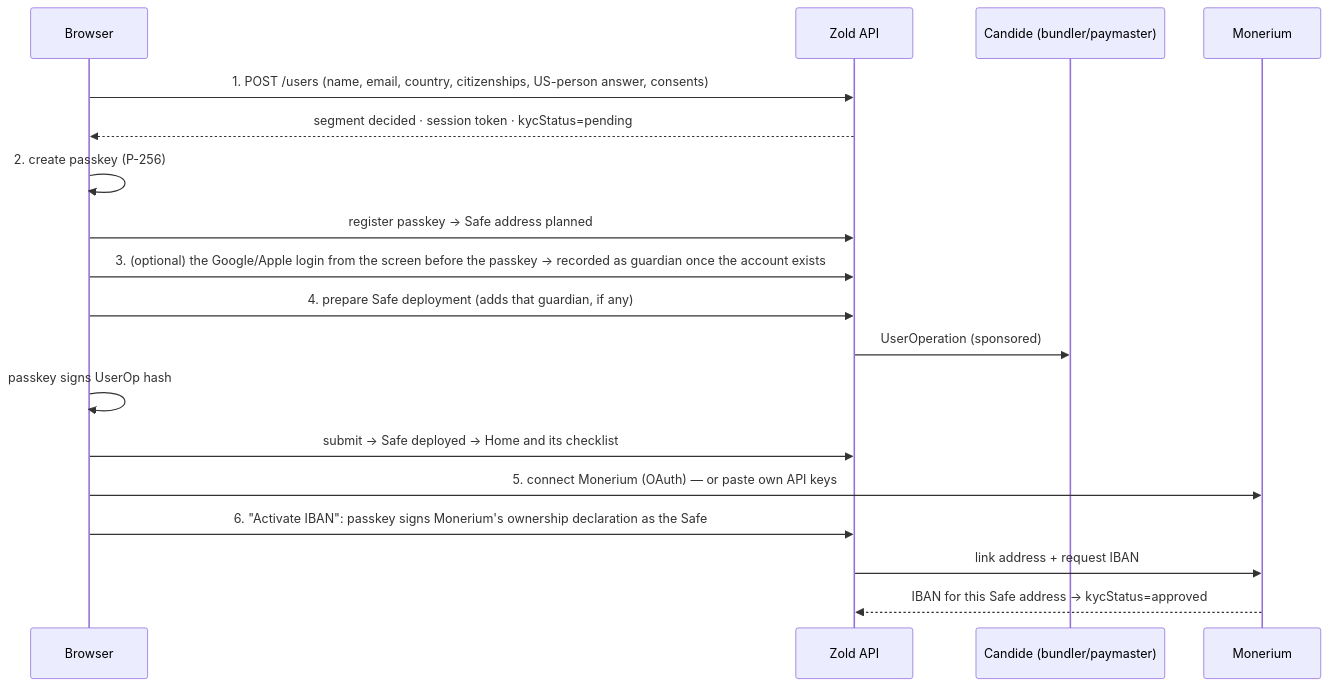
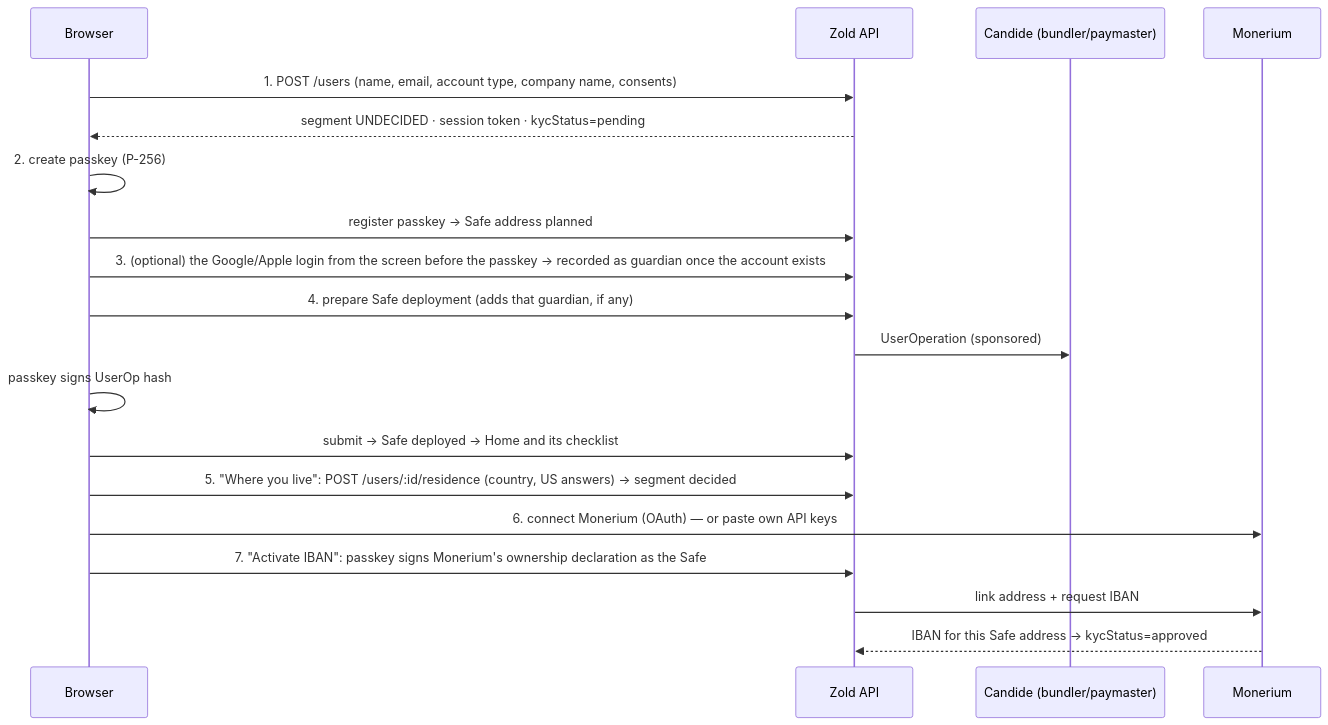
Before and after one commit to Zoldenburg-me/Zold-app: the third of 5 diagrams in docs/architecture/product-architecture.md, drawn with Mermaid. The commit also changed other lines of this file and 12 other files, not shown here.

First line of the commit message:
An undecided login opens no organisation and no payment page; a residence decision is one write; the answers belong to the account that gave them

````diff
--- a/docs/architecture/product-architecture.md
+++ b/docs/architecture/product-architecture.md
@@ -162,20 +162,21 @@
 ```mermaid
 sequenceDiagram
   participant B as Browser
   participant Z as Zold API
   participant C as Candide (bundler/paymaster)
   participant M as Monerium
-  B->>Z: 1. POST /users (name, email, country, citizenships, US-person answer, consents)
-  Z-->>B: segment decided · session token · kycStatus=pending
+  B->>Z: 1. POST /users (name, email, account type, company name, consents)
+  Z-->>B: segment UNDECIDED · session token · kycStatus=pending
   B->>B: 2. create passkey (P-256)
   B->>Z: register passkey → Safe address planned
   B->>Z: 3. (optional) the Google/Apple login from the screen before the passkey → recorded as guardian once the account exists
   B->>Z: 4. prepare Safe deployment (adds that guardian, if any)
   Z->>C: UserOperation (sponsored)
   B->>B: passkey signs UserOp hash
   B->>Z: submit → Safe deployed → Home and its checklist
-  B->>M: 5. connect Monerium (OAuth) — or paste own API keys
-  B->>Z: 6. "Activate IBAN": passkey signs Monerium's ownership declaration as the Safe
+  B->>Z: 5. "Where you live": POST /users/:id/residence (country, US answers) → segment decided
+  B->>M: 6. connect Monerium (OAuth) — or paste own API keys
+  B->>Z: 7. "Activate IBAN": passkey signs Monerium's ownership declaration as the Safe
   Z->>M: link address + request IBAN
   M-->>Z: IBAN for this Safe address → kycStatus=approved
 ```
````
